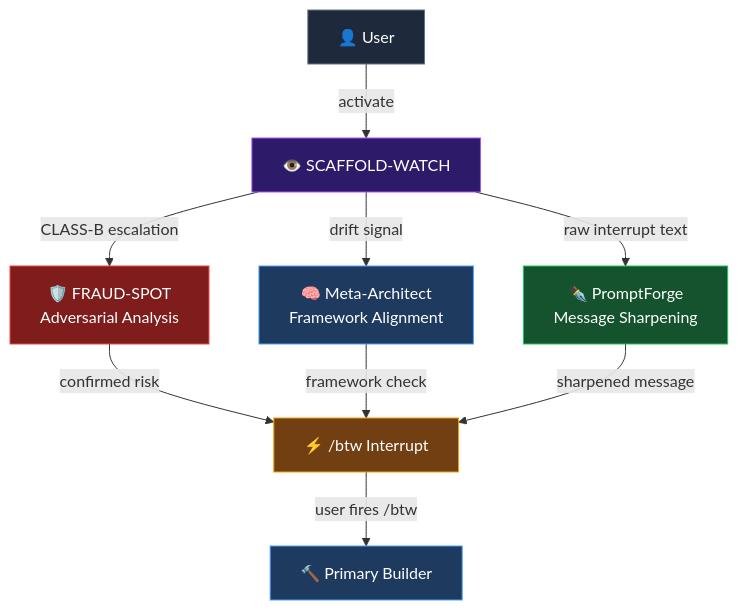
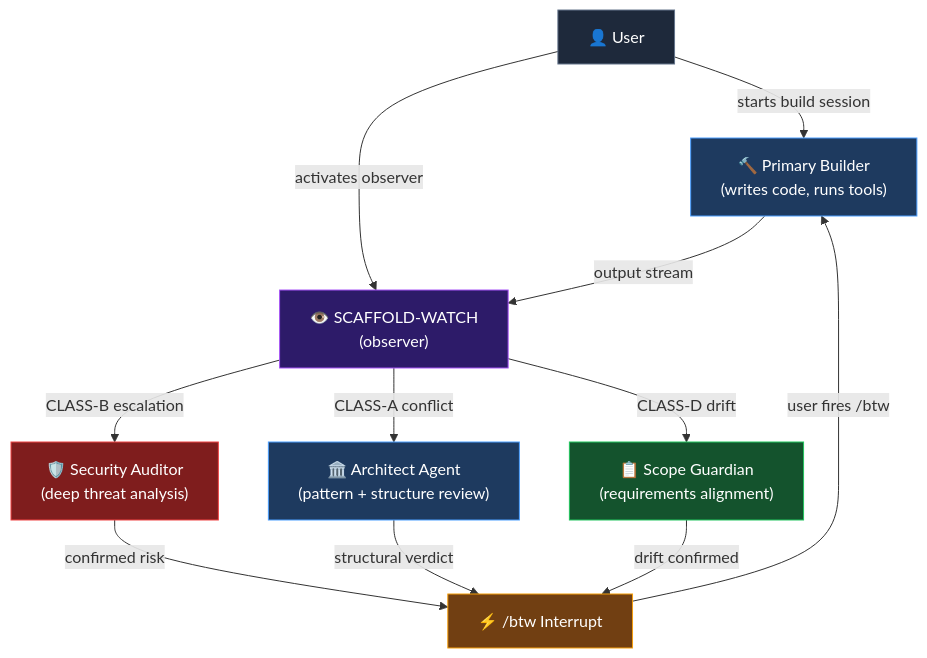
One commit to Insider77Circle/SCAFFOLD-WATCH changed the fourth of 4 diagrams in README.md. Above: the diagram before and after it, drawn with Mermaid. The commit also changed other lines of this file, not shown here.

Commit message:
Replace Cluster Z diagram with hypothetical multi-agent setup

````diff
--- a/README.md
+++ b/README.md
@@ -105,21 +105,25 @@
 ```mermaid
 graph TD
-    USER["👤 User"] -->|"activate"| SW
-    SW["👁️ SCAFFOLD-WATCH"] -->|"CLASS-B escalation"| FS["🛡️ FRAUD-SPOT<br/>Adversarial Analysis"]
-    SW -->|"drift signal"| MA["🧠 Meta-Architect<br/>Framework Alignment"]
-    SW -->|"raw interrupt text"| PF["✒️ PromptForge<br/>Message Sharpening"]
+    USER["👤 User"] -->|"starts build session"| PB
+    USER -->|"activates observer"| SW
 
-    FS -->|"confirmed risk"| INT["⚡ /btw Interrupt"]
-    MA -->|"framework check"| INT
-    PF -->|"sharpened message"| INT
+    PB["🔨 Primary Builder<br/>(writes code, runs tools)"] -->|"output stream"| SW
 
-    INT -->|"user fires /btw"| PB["🔨 Primary Builder"]
+    SW["👁️ SCAFFOLD-WATCH<br/>(observer)"] -->|"CLASS-B escalation"| SA["🛡️ Security Auditor<br/>(deep threat analysis)"]
+    SW -->|"CLASS-A conflict"| AR["🏛️ Architect Agent<br/>(pattern + structure review)"]
+    SW -->|"CLASS-D drift"| PM["📋 Scope Guardian<br/>(requirements alignment)"]
+
+    SA -->|"confirmed risk"| INT["⚡ /btw Interrupt"]
+    AR -->|"structural verdict"| INT
+    PM -->|"drift confirmed"| INT
+
+    INT -->|"user fires /btw"| PB
 
     style USER fill:#1e293b,stroke:#64748b,color:#fff
+    style PB fill:#1e3a5f,stroke:#4a9eff,color:#fff
     style SW fill:#2d1b69,stroke:#a855f7,color:#fff
-    style FS fill:#7f1d1d,stroke:#ef4444,color:#fff
-    style MA fill:#1e3a5f,stroke:#4a9eff,color:#fff
-    style PF fill:#14532d,stroke:#22c55e,color:#fff
+    style SA fill:#7f1d1d,stroke:#ef4444,color:#fff
+    style AR fill:#1e3a5f,stroke:#4a9eff,color:#fff
+    style PM fill:#14532d,stroke:#22c55e,color:#fff
     style INT fill:#713f12,stroke:#f59e0b,color:#fff
-    style PB fill:#1e3a5f,stroke:#4a9eff,color:#fff
 ```
````
